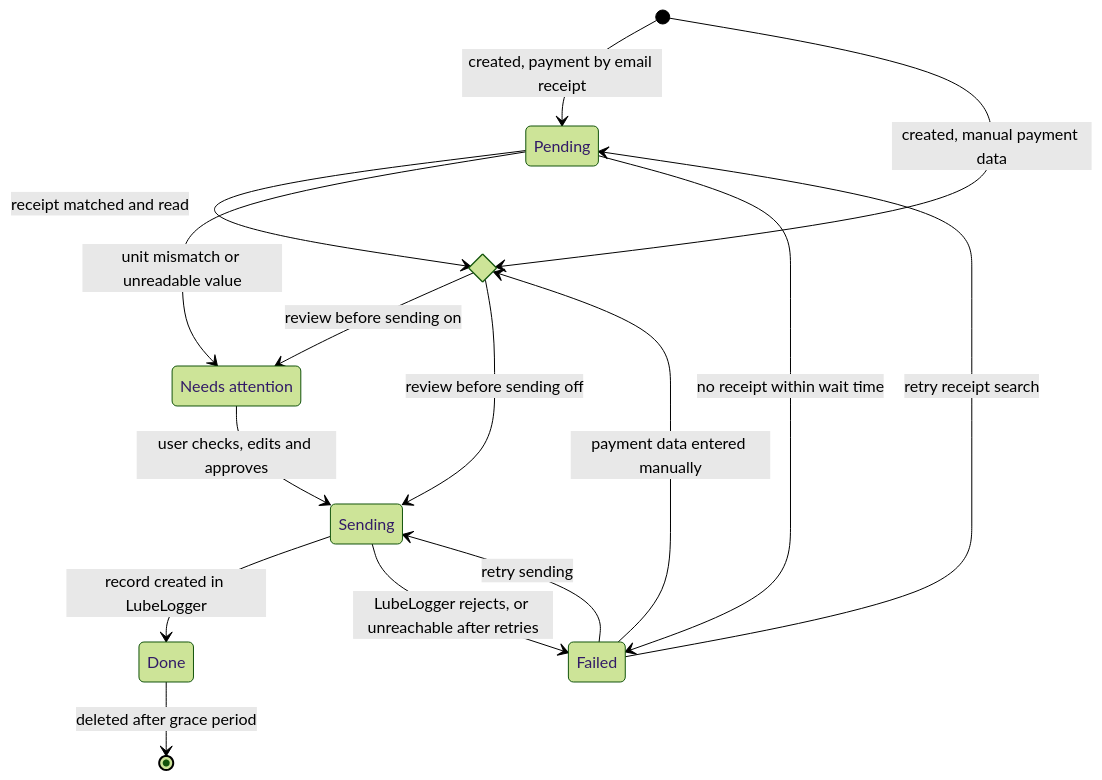
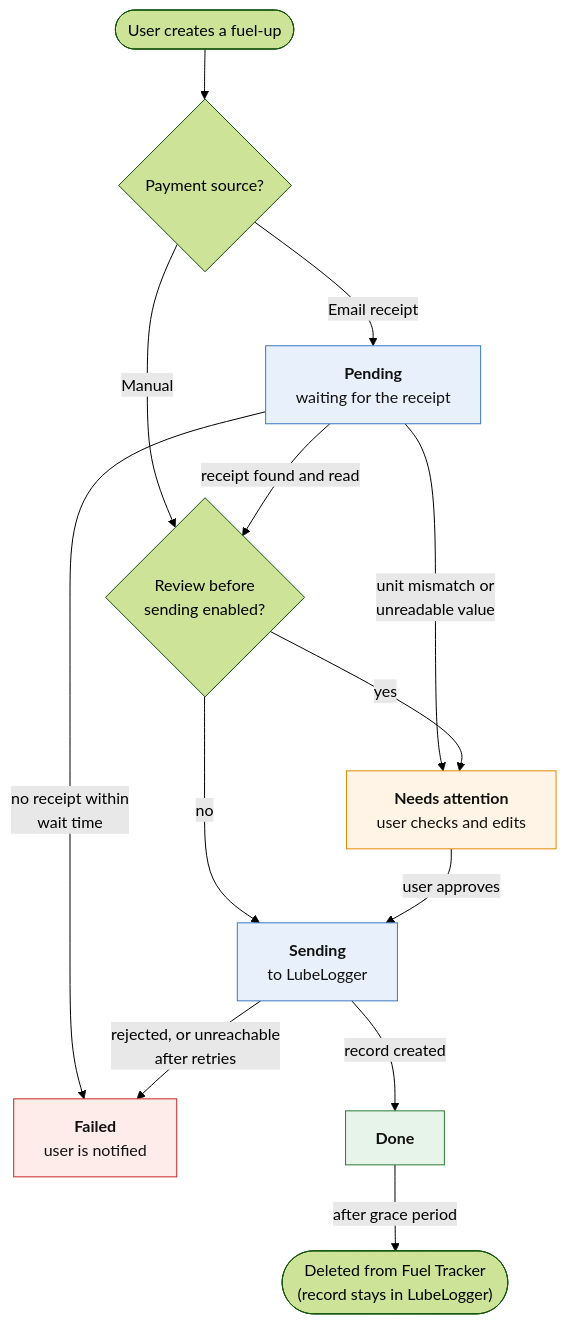
The diagram in docs/technical-design.md (pidi3000/fuel_tracker), drawn with Mermaid (forest theme) before and after one commit. The commit also changed other lines of this file, not shown here.

Commit message:
Technical design: redraw lifecycle as a flowchart with labelled decisions
Claude-Session: https://claude.ai/code/session_01SKBJuYqb41tCTKDpGGCwtu

````diff
--- a/docs/technical-design.md
+++ b/docs/technical-design.md
@@ -88,30 +88,30 @@
 ```mermaid
-stateDiagram-v2
-    state "Pending" as Pending
-    state "Needs attention" as NeedsAttention
-    state "Sending" as Sending
-    state "Done" as Done
-    state "Failed" as Failed
-    state review <<choice>>
+flowchart TD
+    start(["User creates a fuel-up"]) --> source{"Payment source?"}
 
-    [*] --> Pending: created, payment by email receipt
-    [*] --> review: created, manual payment data
+    source -- "Email receipt" --> pending["<b>Pending</b><br>waiting for the receipt"]
+    source -- "Manual" --> review{"Review before<br>sending enabled?"}
 
-    Pending --> review: receipt matched and read
-    Pending --> NeedsAttention: unit mismatch or unreadable value
-    Pending --> Failed: no receipt within wait time
+    pending -- "receipt found and read" --> review
+    pending -- "unit mismatch or<br>unreadable value" --> attention
+    pending -- "no receipt within<br>wait time" --> failed
 
-    review --> NeedsAttention: review before sending on
-    review --> Sending: review before sending off
+    review -- "yes" --> attention["<b>Needs attention</b><br>user checks and edits"]
+    review -- "no" --> sending["<b>Sending</b><br>to LubeLogger"]
 
-    NeedsAttention --> Sending: user checks, edits and approves
+    attention -- "user approves" --> sending
 
-    Sending --> Done: record created in LubeLogger
-    Sending --> Failed: LubeLogger rejects, or unreachable after retries
+    sending -- "record created" --> done["<b>Done</b>"]
+    sending -- "rejected, or unreachable<br>after retries" --> failed["<b>Failed</b><br>user is notified"]
 
-    Failed --> Pending: retry receipt search
-    Failed --> review: payment data entered manually
-    Failed --> Sending: retry sending
+    done -- "after grace period" --> deleted(["Deleted from Fuel Tracker<br>(record stays in LubeLogger)"])
 
-    Done --> [*]: deleted after grace period
+    classDef status fill:#e8f1fb,stroke:#3b78c2,color:#111
+    classDef ok fill:#e6f4ea,stroke:#2e7d32,color:#111
+    classDef bad fill:#fdecea,stroke:#c62828,color:#111
+    classDef warn fill:#fff4e5,stroke:#e08a00,color:#111
+    class pending,sending status
+    class done ok
+    class failed bad
+    class attention warn
 ```
````
